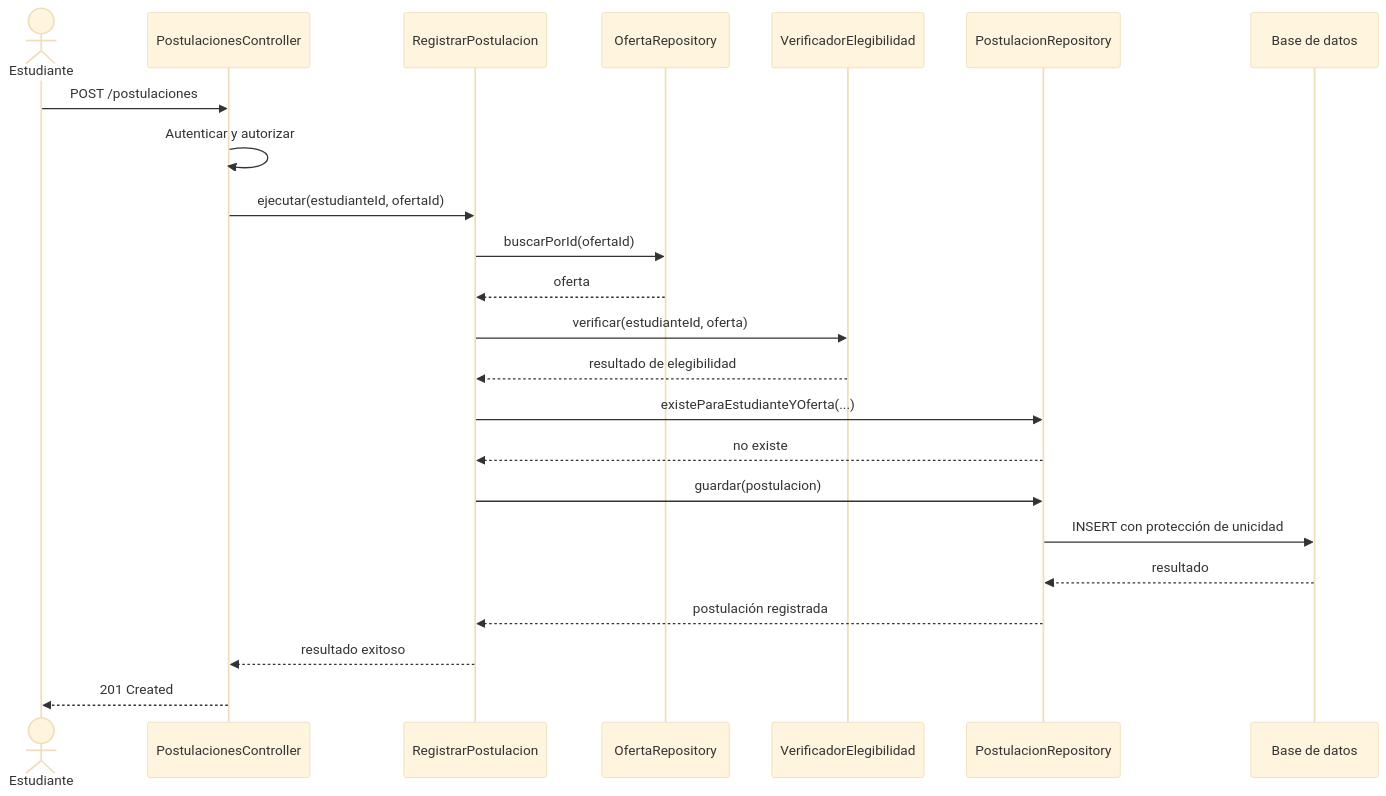
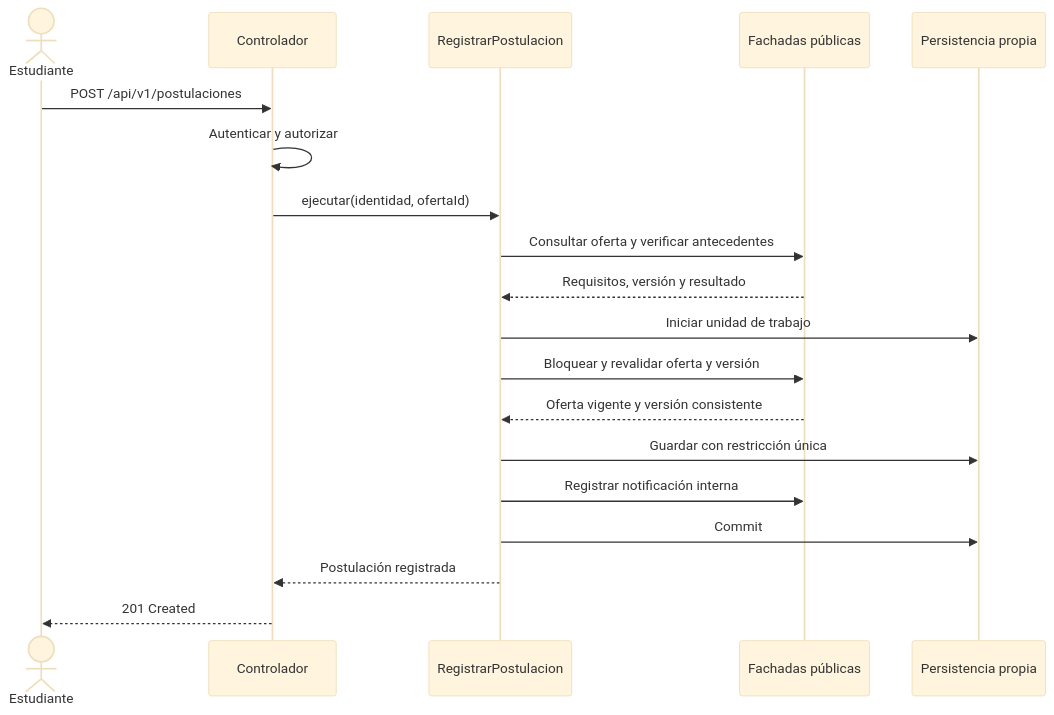
The diagram in docs/03-diseno-de-software/diseno-interno/01-diseno-interno.md (Jhoncode987/Sistema-de-Gestion-y-Publicacion-Practicas-Preprofesionales), drawn with Mermaid (base theme) before and after one commit. The commit also changed other lines of this file and 16 other files, not shown here.

```diff
--- a/docs/03-diseno-de-software/diseno-interno/01-diseno-interno.md
+++ b/docs/03-diseno-de-software/diseno-interno/01-diseno-interno.md
@@ -90,26 +75,21 @@
 ~~~mermaid
 sequenceDiagram
-    actor Estudiante
-    participant API as PostulacionesController
-    participant UC as RegistrarPostulacion
-    participant OR as OfertaRepository
-    participant VE as VerificadorElegibilidad
-    participant PR as PostulacionRepository
-    participant DB as Base de datos
-
-    Estudiante->>API: POST /postulaciones
-    API->>API: Autenticar y autorizar
-    API->>UC: ejecutar(estudianteId, ofertaId)
-    UC->>OR: buscarPorId(ofertaId)
-    OR-->>UC: oferta
-    UC->>VE: verificar(estudianteId, oferta)
-    VE-->>UC: resultado de elegibilidad
-    UC->>PR: existeParaEstudianteYOferta(...)
-    PR-->>UC: no existe
-    UC->>PR: guardar(postulacion)
-    PR->>DB: INSERT con protección de unicidad
-    DB-->>PR: resultado
-    PR-->>UC: postulación registrada
-    UC-->>API: resultado exitoso
-    API-->>Estudiante: 201 Created
+    actor E as Estudiante
+    participant C as Controlador
+    participant U as RegistrarPostulacion
+    participant F as Fachadas públicas
+    participant P as Persistencia propia
+    E->>C: POST /api/v1/postulaciones
+    C->>C: Autenticar y autorizar
+    C->>U: ejecutar(identidad, ofertaId)
+    U->>F: Consultar oferta y verificar antecedentes
+    F-->>U: Requisitos, versión y resultado
+    U->>P: Iniciar unidad de trabajo
+    U->>F: Bloquear y revalidar oferta y versión
+    F-->>U: Oferta vigente y versión consistente
+    U->>P: Guardar con restricción única
+    U->>F: Registrar notificación interna
+    U->>P: Commit
+    U-->>C: Postulación registrada
+    C-->>E: 201 Created
 ~~~
```
